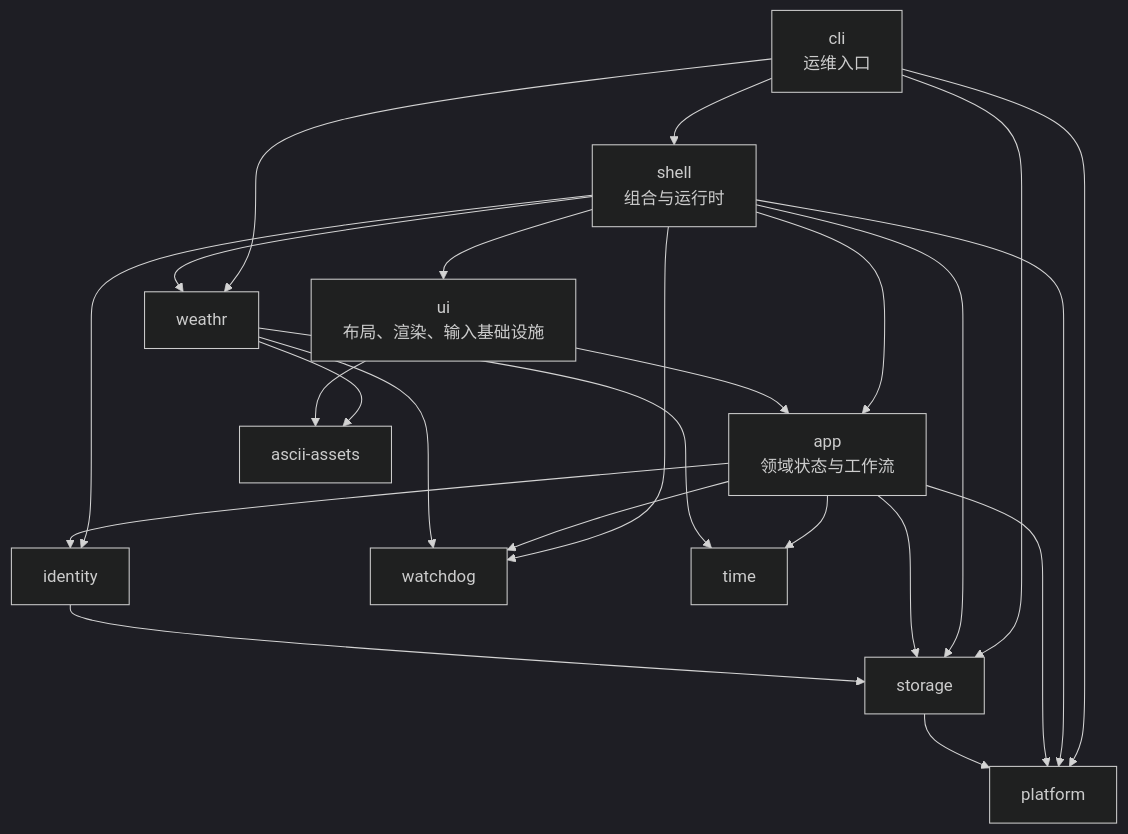
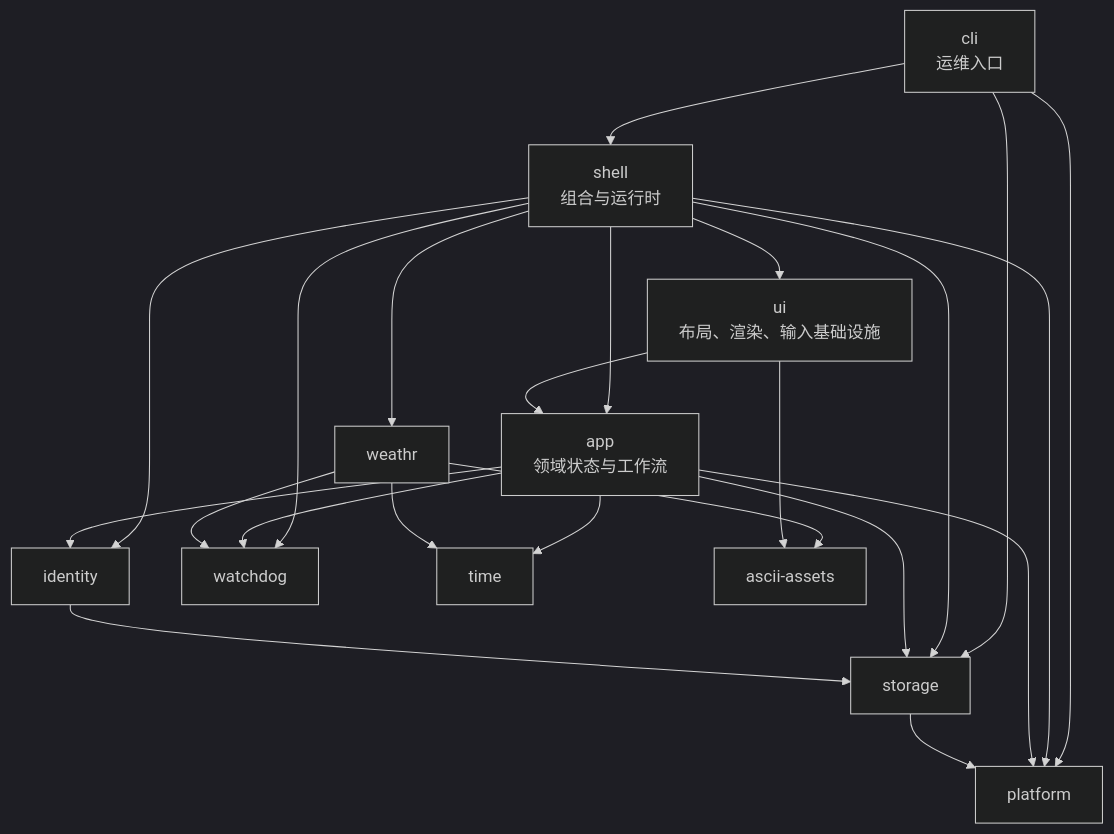
Before and after one commit to peixuanthomas/TundraUX3: the third of 3 diagrams in README-TECHNICAL.md, drawn with Mermaid (dark theme). The commit also changed other lines of this file and 14 other files, not shown here.

````diff
--- a/README-TECHNICAL.md
+++ b/README-TECHNICAL.md
@@ -153,29 +153,28 @@
 ```mermaid
 flowchart TD
     CLI["cli<br/>运维入口"] --> SHELL["shell<br/>组合与运行时"]
     CLI --> STORAGE["storage"]
     CLI --> PLATFORM["platform"]
-    CLI --> WEATHR["weathr"]
 
     SHELL --> UI["ui<br/>布局、渲染、输入基础设施"]
     SHELL --> APP["app<br/>领域状态与工作流"]
     SHELL --> IDENTITY["identity"]
     SHELL --> STORAGE
     SHELL --> PLATFORM
-    SHELL --> WEATHR
+    SHELL --> WEATHR["weathr"]
     SHELL --> WATCHDOG["watchdog"]
 
     UI --> APP
     APP --> IDENTITY
     APP --> STORAGE
     APP --> PLATFORM
     APP --> TIME["time"]
     APP --> WATCHDOG
 
     IDENTITY --> STORAGE
     STORAGE --> PLATFORM
     WEATHR --> TIME
     WEATHR --> ASCII["ascii-assets"]
     WEATHR --> WATCHDOG
     UI --> ASCII
 ```
````
